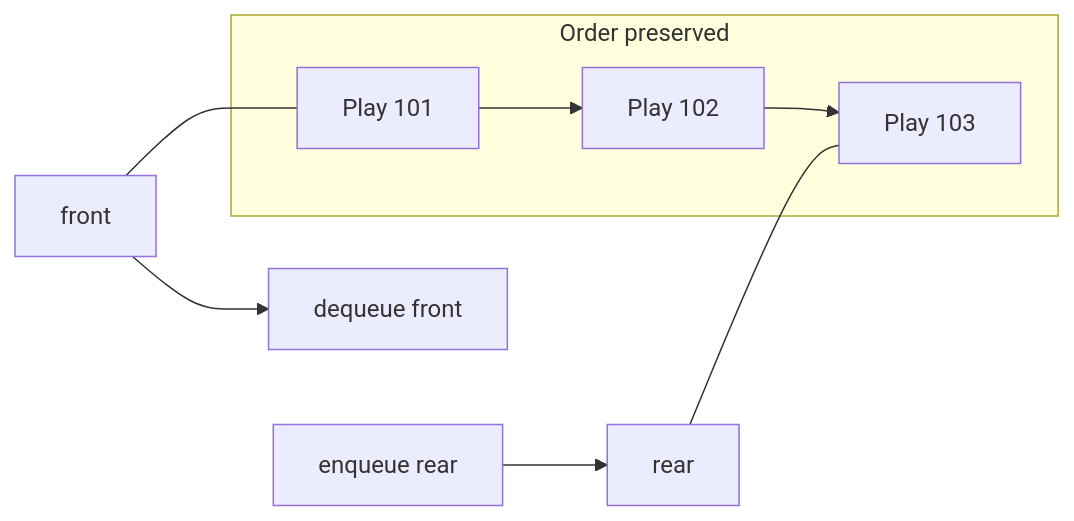
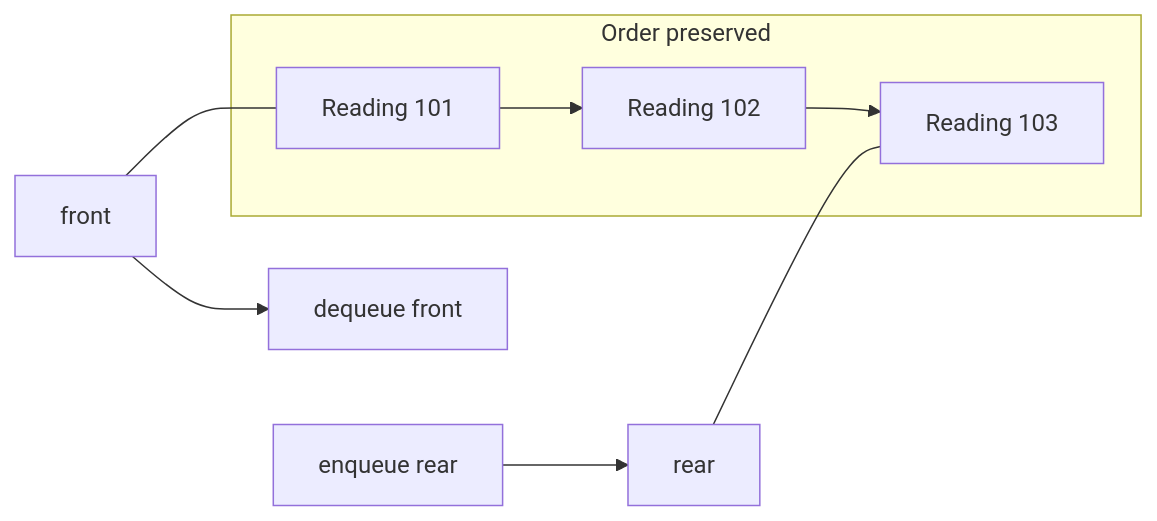
One commit to qgjones9/python-programming-guide changed the first of 7 diagrams in docs/dsa/data-structures/queue/index.md. Above: the diagram before and after it, drawn with Mermaid. The commit also changed other lines of this file and 29 other files, not shown here.

````diff
--- a/docs/dsa/data-structures/queue/index.md
+++ b/docs/dsa/data-structures/queue/index.md
@@ -29,10 +29,10 @@
 ```mermaid
 flowchart LR
   ENQ["enqueue rear"] --> R["rear"]
   F["front"] --> DEQ["dequeue front"]
   subgraph order["Order preserved"]
-    P1["Play 101"] --> P2["Play 102"] --> P3["Play 103"]
+    P1["Reading 101"] --> P2["Reading 102"] --> P3["Reading 103"]
   end
   F --- P1
   R --- P3
 ```
````
